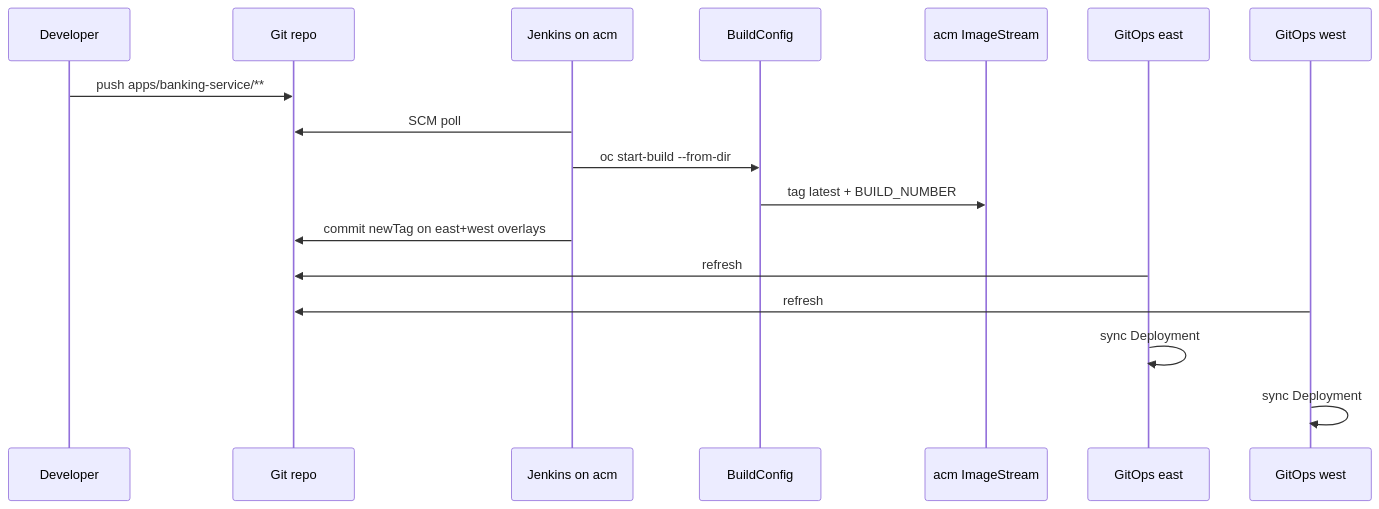
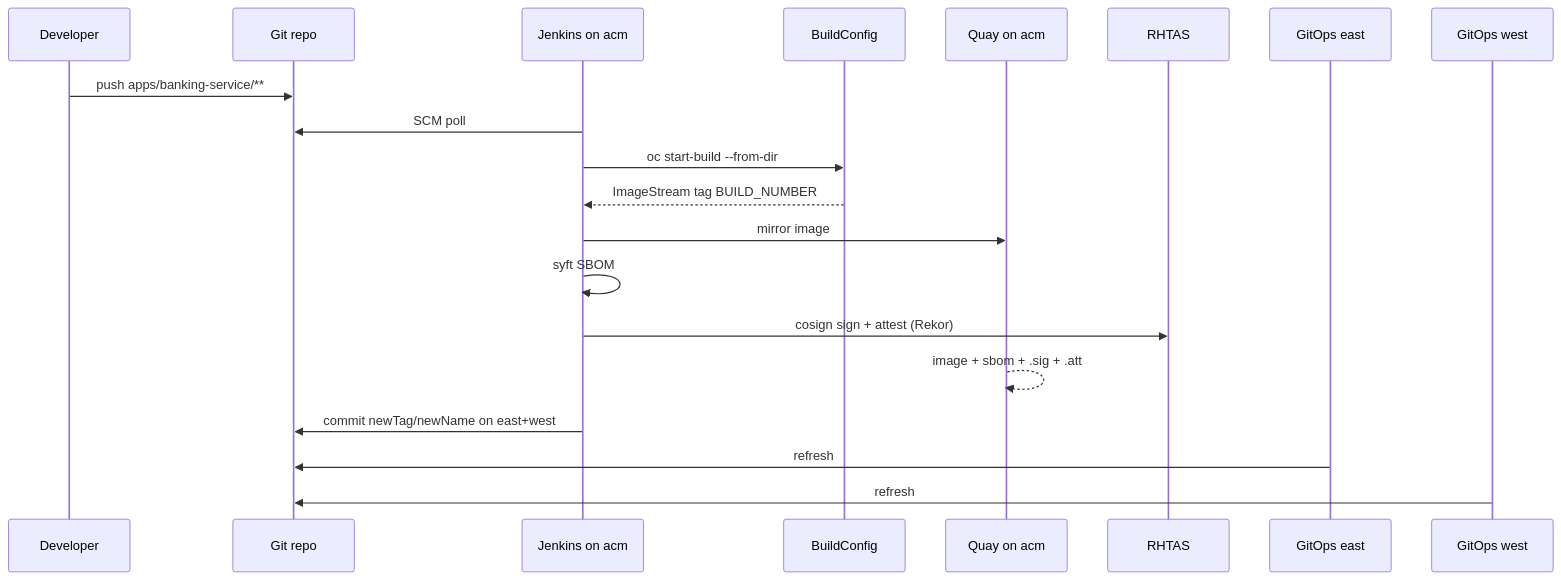
One commit to panchoraposo/demo-spring changed the diagram in docs/ci-cd.md. Above: the diagram before and after it, drawn with Mermaid. The commit also changed other lines of this file and 55 other files, not shown here.

First line of the commit message:
feat: add Quay/ODF/RHTAS/TPA supply chain and Dev Spaces to demo

````diff
--- a/docs/ci-cd.md
+++ b/docs/ci-cd.md
@@ -18,20 +18,23 @@
 ```mermaid
 sequenceDiagram
   participant Dev as Developer
   participant Git as Git repo
   participant J as Jenkins on acm
   participant BC as BuildConfig
-  participant Reg as acm ImageStream
+  participant Quay as Quay on acm
+  participant TAS as RHTAS
   participant ArgoE as GitOps east
   participant ArgoW as GitOps west
 
   Dev->>Git: push apps/banking-service/**
   J->>Git: SCM poll
   J->>BC: oc start-build --from-dir
-  BC->>Reg: tag latest + BUILD_NUMBER
-  J->>Git: commit newTag on east+west overlays
+  BC-->>J: ImageStream tag BUILD_NUMBER
+  J->>Quay: mirror image
+  J->>J: syft SBOM
+  J->>TAS: cosign sign + attest (Rekor)
+  Quay-->>Quay: image + sbom + .sig + .att
+  J->>Git: commit newTag/newName on east+west
   ArgoE->>Git: refresh
   ArgoW->>Git: refresh
-  ArgoE->>ArgoE: sync Deployment
-  ArgoW->>ArgoW: sync Deployment
 ```
````
